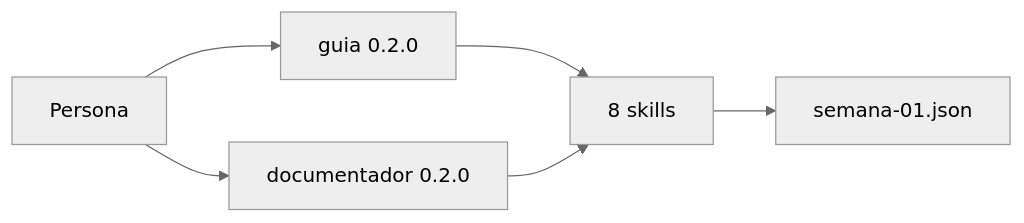
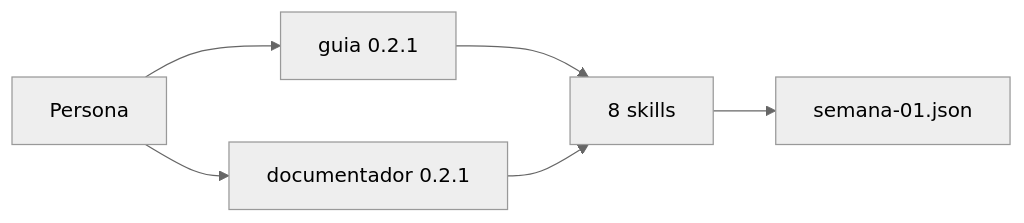
Before and after one commit to profeFPInfor/ariascope: the diagram in asistenciaIA/esquemas/semana-01.md, drawn with Mermaid (neutral theme). The commit also changed other lines of this file and 6 other files, not shown here.

Commit message:
fix(opencode): guia y documentador 0.2.1 anotan el uso de IA en asistenciaIA/bitacora.md

````diff
--- a/asistenciaIA/esquemas/semana-01.md
+++ b/asistenciaIA/esquemas/semana-01.md
@@ -18,8 +18,8 @@
 ```mermaid
 flowchart LR
-    P["Persona"] --> G["guia 0.2.0"]
-    P --> D["documentador 0.2.0"]
+    P["Persona"] --> G["guia 0.2.1"]
+    P --> D["documentador 0.2.1"]
     G --> S["8 skills"]
     D --> S
     S --> V["semana-01.json"]
 ```
````
